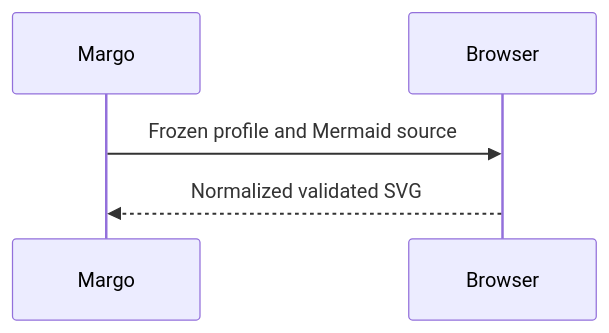
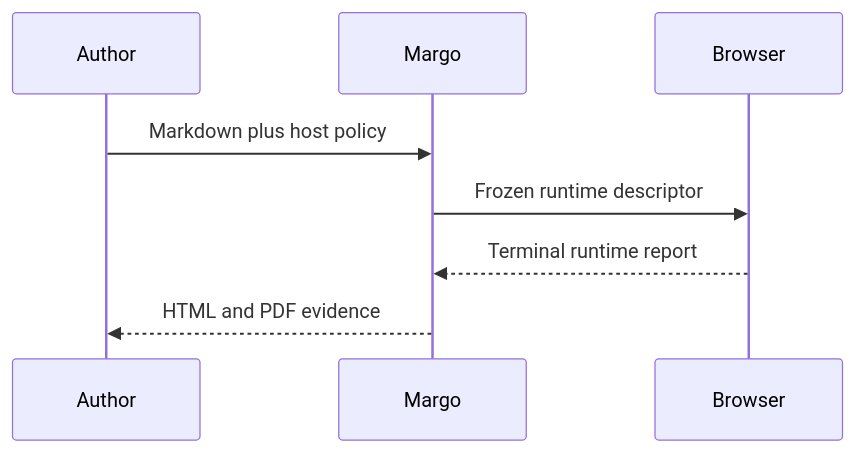
Before and after one commit to araihu/margo: the second of 2 diagrams in testdata/markdown/slices/05-mermaid-profile.md, drawn with Mermaid. The commit also changed other lines of this file and 3 other files, not shown here.

````diff
--- a/testdata/markdown/slices/05-mermaid-profile.md
+++ b/testdata/markdown/slices/05-mermaid-profile.md
@@ -66,7 +69,10 @@
 ```mermaid
 sequenceDiagram
+    participant Author
     participant Margo
     participant Browser
-    Margo->>Browser: Frozen profile and Mermaid source
-    Browser-->>Margo: Normalized validated SVG
+    Author->>Margo: Markdown plus host policy
+    Margo->>Browser: Frozen runtime descriptor
+    Browser-->>Margo: Terminal runtime report
+    Margo-->>Author: HTML and PDF evidence
 ```
````
